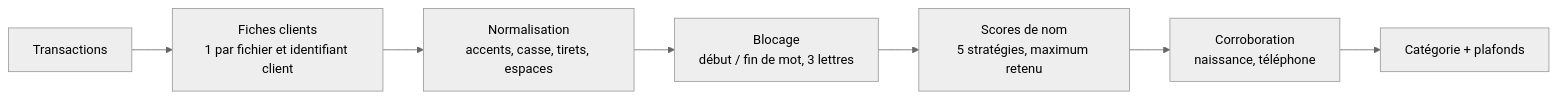
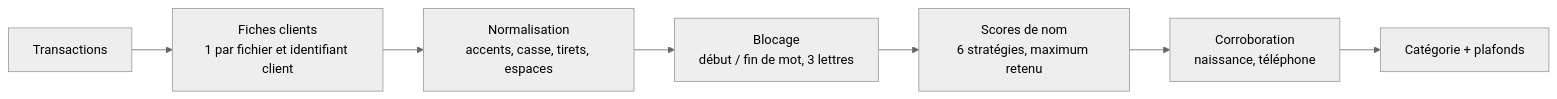
The diagram in docs/specs/NAME_MATCHING.md (vloicmonti/sidadr-financial-anomaly-detection), drawn with Mermaid (neutral theme) before and after one commit. The commit also changed 1 other file, not shown here.

Commit message:
docs: six stratégies de comparaison des noms, et non cinq
Le README (deux fois) et le schéma de la note de méthode annonçaient
« 5 stratégies », alors que le code et le tableau de cette même note en
comptent six : nom identique après normalisation, ordre des mots,
Levenshtein, Jaro-Winkler, mots collés, initiales compatibles.

````diff
--- a/docs/specs/NAME_MATCHING.md
+++ b/docs/specs/NAME_MATCHING.md
@@ -10,9 +10,9 @@
 ```mermaid
 flowchart LR
     A[Transactions] --> B[Fiches clients<br/>1 par fichier et identifiant client]
     B --> C[Normalisation<br/>accents, casse, tirets, espaces]
     C --> D[Blocage<br/>début / fin de mot, 3 lettres]
-    D --> E[Scores de nom<br/>5 stratégies, maximum retenu]
+    D --> E[Scores de nom<br/>6 stratégies, maximum retenu]
     E --> F[Corroboration<br/>naissance, téléphone]
     F --> G[Catégorie + plafonds]
 ```
````
